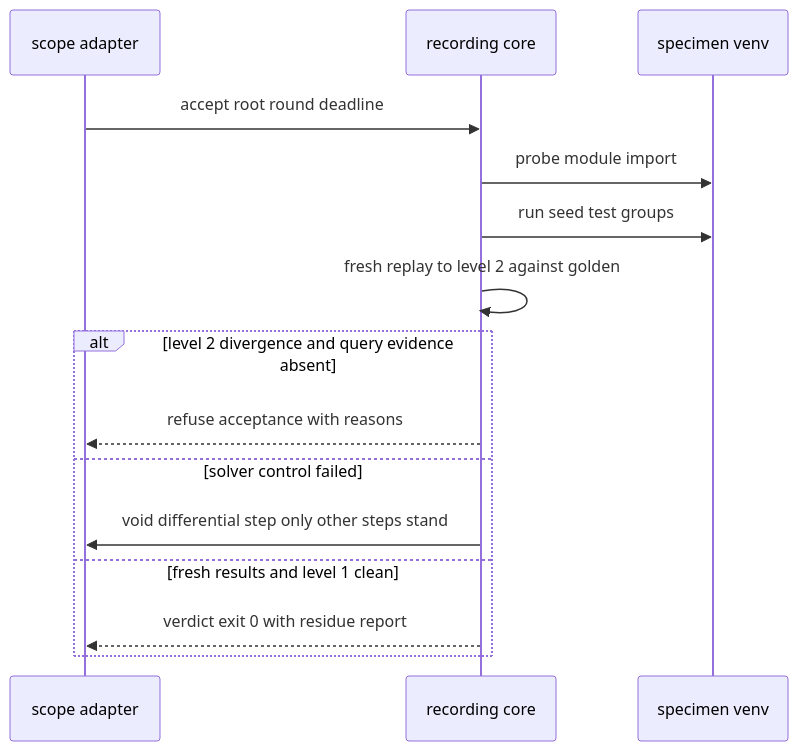
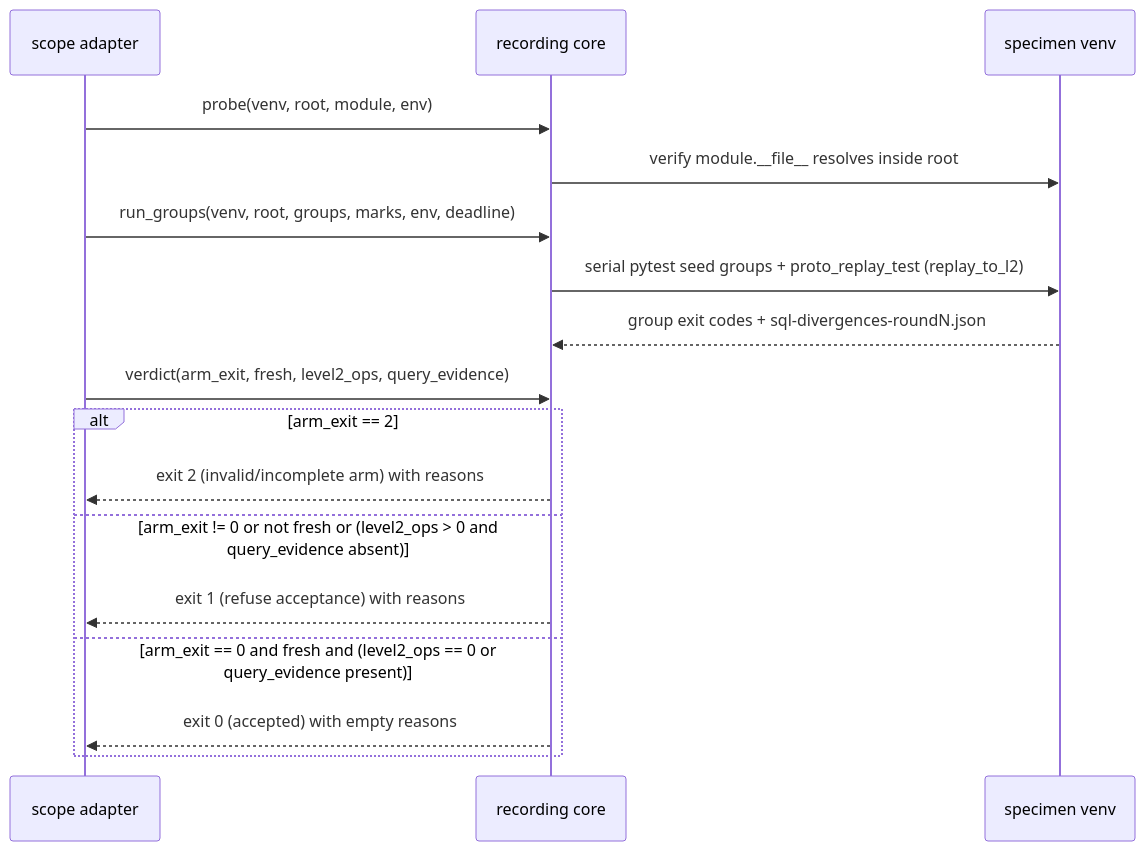
The second of 4 diagrams in .kiro/specs/deconvolution-native-core/design.md (norandom/lesscode), drawn with Mermaid before and after one commit. The commit also changed other lines of this file and 2 other files, not shown here.

````diff
--- a/.kiro/specs/deconvolution-native-core/design.md
+++ b/.kiro/specs/deconvolution-native-core/design.md
@@ -264,17 +312,19 @@
 ```mermaid
 sequenceDiagram
     participant A as scope adapter
     participant R as recording core
     participant S as specimen venv
-    A->>R: accept root round deadline
-    R->>S: probe module import
-    R->>S: run seed test groups
-    R->>R: fresh replay to level 2 against golden
-    alt level 2 divergence and query evidence absent
-        R-->>A: refuse acceptance with reasons
-    else solver control failed
-        R->>A: void differential step only other steps stand
-    else fresh results and level 1 clean
-        R-->>A: verdict exit 0 with residue report
+    A->>R: probe(venv, root, module, env)
+    R->>S: verify module.__file__ resolves inside root
+    A->>R: run_groups(venv, root, groups, marks, env, deadline)
+    R->>S: serial pytest seed groups + proto_replay_test (replay_to_l2)
+    S-->>R: group exit codes + sql-divergences-roundN.json
+    A->>R: verdict(arm_exit, fresh, level2_ops, query_evidence)
+    alt arm_exit == 2
+        R-->>A: exit 2 (invalid/incomplete arm) with reasons
+    else arm_exit != 0 or not fresh or (level2_ops > 0 and query_evidence absent)
+        R-->>A: exit 1 (refuse acceptance) with reasons
+    else arm_exit == 0 and fresh and (level2_ops == 0 or query_evidence present)
+        R-->>A: exit 0 (accepted) with empty reasons
     end
 ```
````
